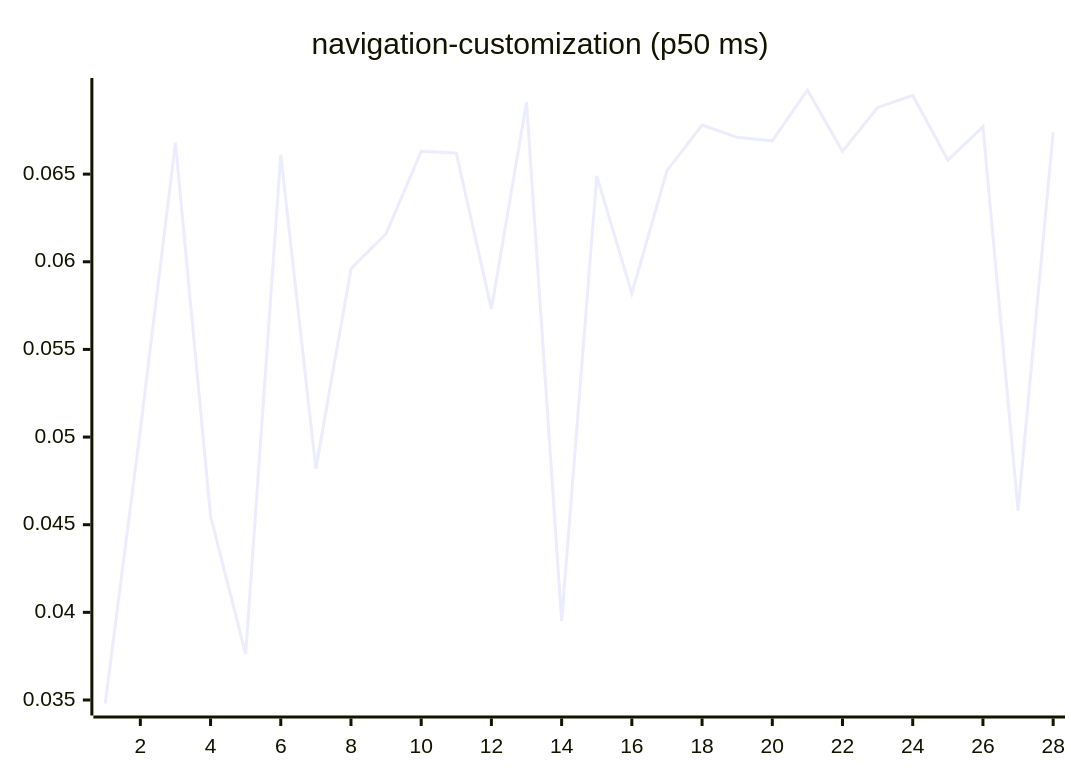
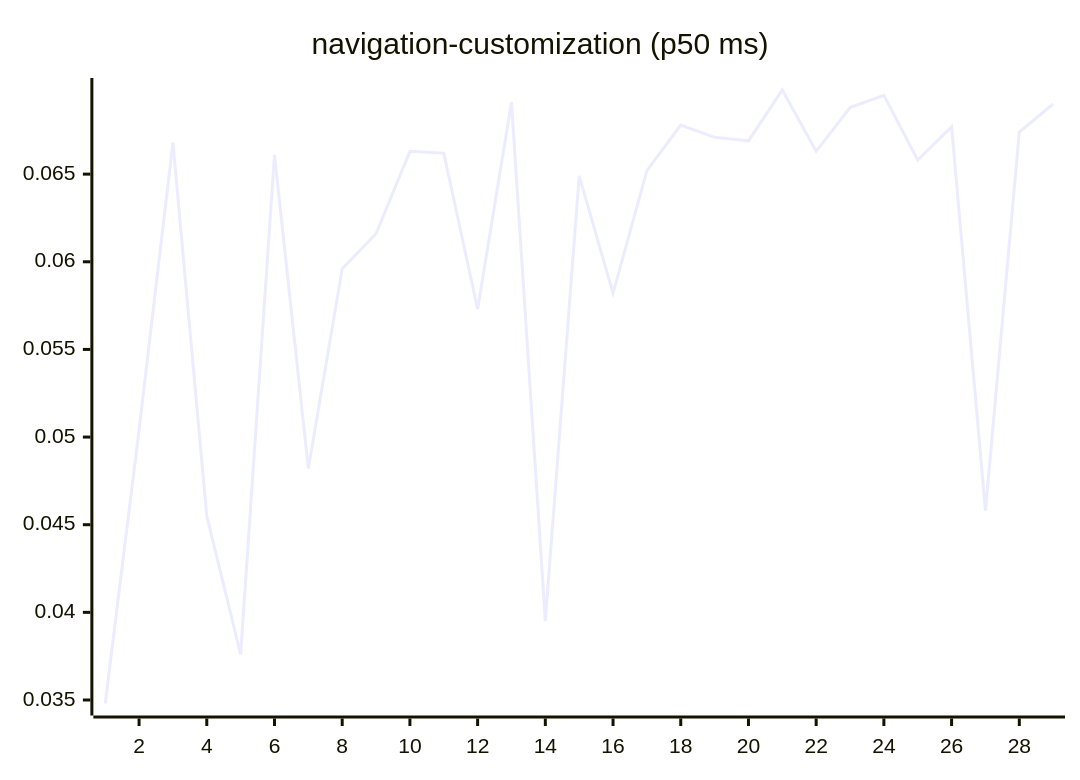
Before and after one commit to josha/Facet: diagram 15 of 27 in README.md, drawn with Mermaid. The commit also changed other lines of this file and 2 other files, not shown here.

````diff
--- a/README.md
+++ b/README.md
@@ -161,6 +161,6 @@
 ```mermaid
 xychart-beta
     title "navigation-customization (p50 ms)"
-    x-axis 1 --> 28
-    line [0.0348, 0.0504, 0.0668, 0.0455, 0.0376, 0.0661, 0.0482, 0.0596, 0.0616, 0.0663, 0.0662, 0.0573, 0.0691, 0.0395, 0.0649, 0.0582, 0.0652, 0.0678, 0.0671, 0.0669, 0.0698, 0.0663, 0.0688, 0.0695, 0.0658, 0.0677, 0.0458, 0.0674]
+    x-axis 1 --> 29
+    line [0.0348, 0.0504, 0.0668, 0.0455, 0.0376, 0.0661, 0.0482, 0.0596, 0.0616, 0.0663, 0.0662, 0.0573, 0.0691, 0.0395, 0.0649, 0.0582, 0.0652, 0.0678, 0.0671, 0.0669, 0.0698, 0.0663, 0.0688, 0.0695, 0.0658, 0.0677, 0.0458, 0.0674, 0.0690]
 ```
````
